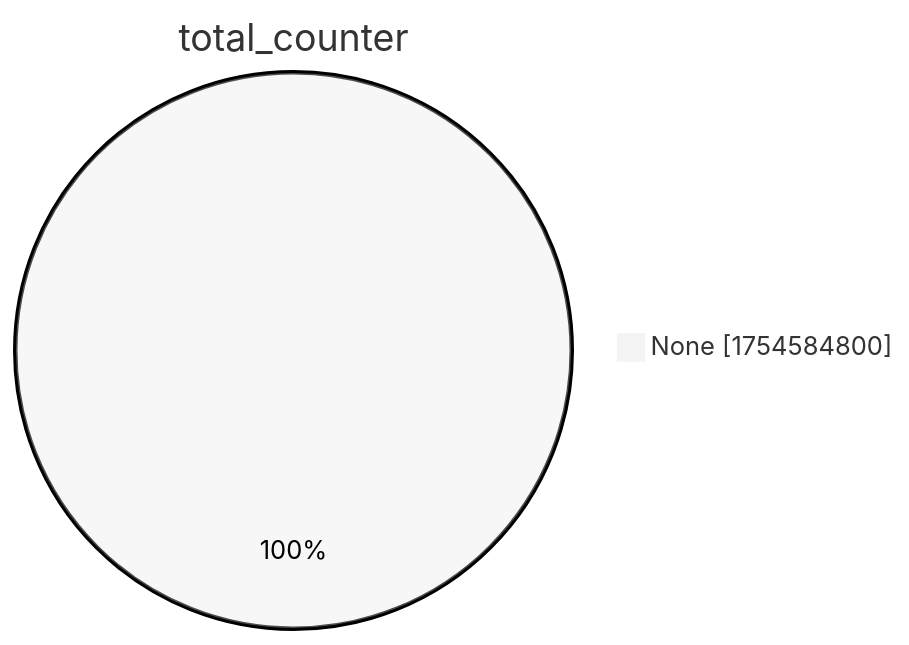
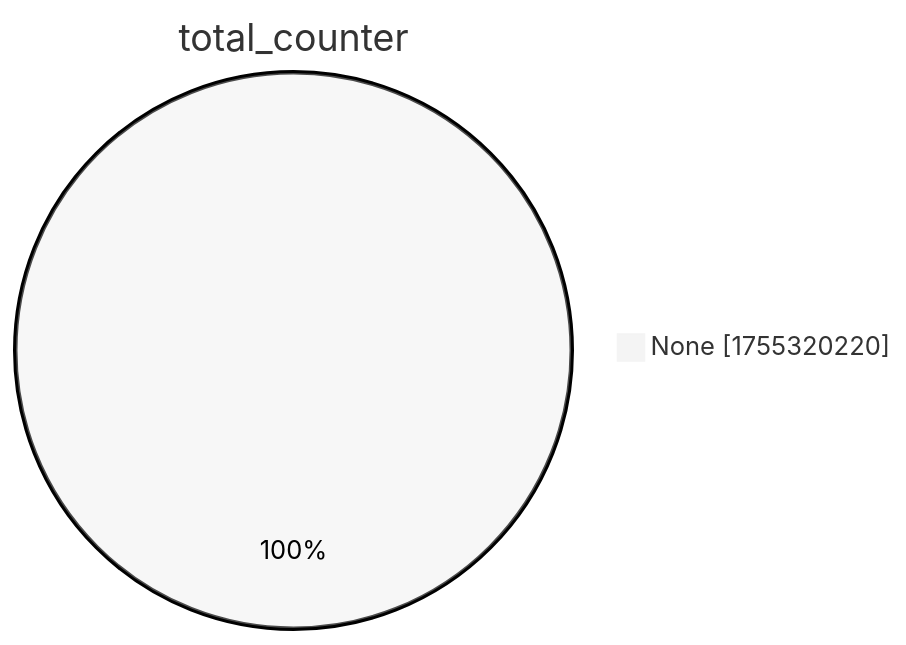
One commit to christiankrug/ctmonitor_visualization changed the second of 15 diagrams in xenon2022/README.md. Above: the diagram before and after it, drawn with Mermaid (neutral theme). The commit also changed other lines of this file, not shown here.

````diff
--- a/xenon2022/README.md
+++ b/xenon2022/README.md
@@ -9,5 +9,5 @@
 ```mermaid
 pie showData
 title total_counter
-"None" :1754584800
+"None" :1755320220
 ```
````
